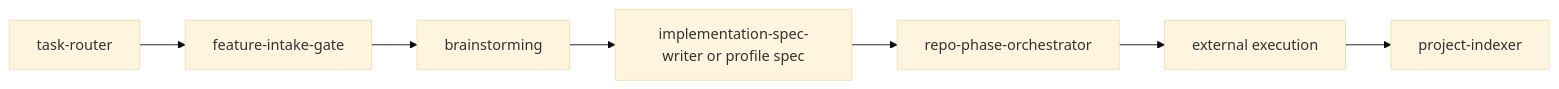
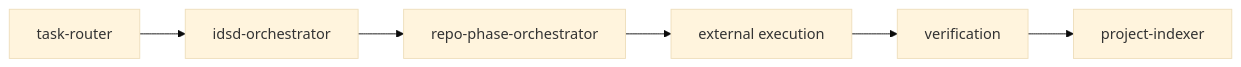
Before and after one commit to HoanDo95/CodexMinimal: the fourth of 8 diagrams in README.md, drawn with Mermaid (base theme). The commit also changed other lines of this file and 33 other files, not shown here.

````diff
--- a/README.md
+++ b/README.md
@@ -84,9 +84,8 @@
 ```mermaid
 flowchart LR
-    A[task-router] --> B[feature-intake-gate]
-    B --> C[brainstorming]
-    C --> D[implementation-spec-writer or profile spec]
-    D --> E[repo-phase-orchestrator]
-    E --> F[external execution]
-    F --> G[project-indexer]
+    A[task-router] --> B[idsd-orchestrator]
+    B --> C[repo-phase-orchestrator]
+    C --> D[external execution]
+    D --> E[verification]
+    E --> F[project-indexer]
 ```
````
